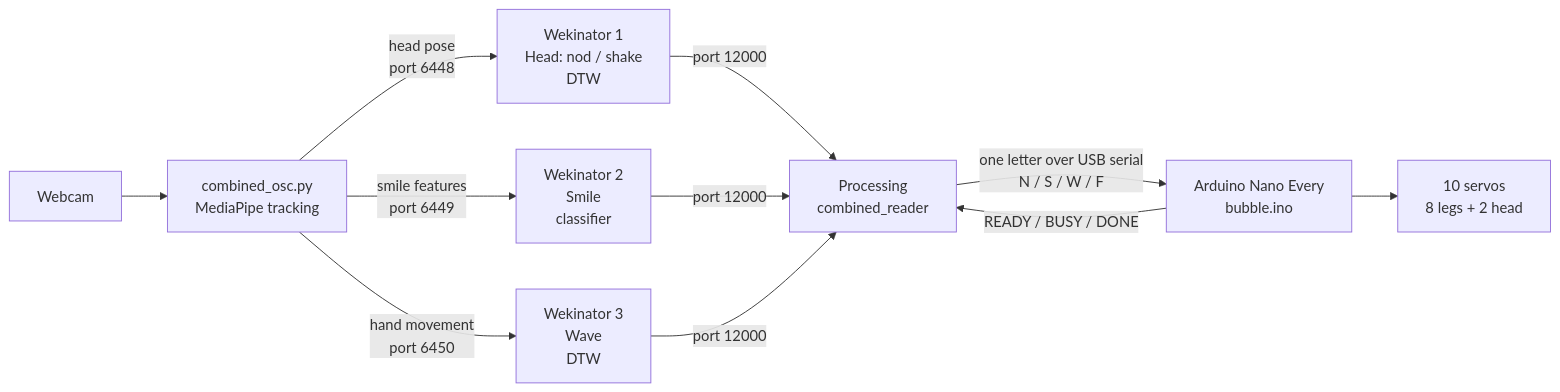
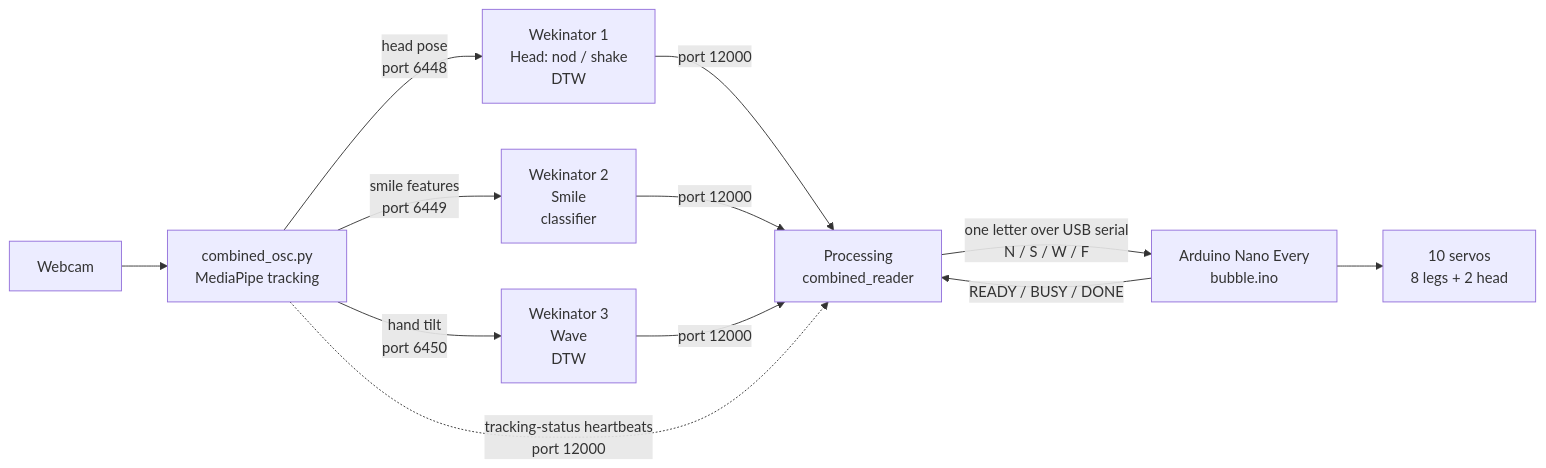
The diagram in README.md (YuyingChen-Design/Bubble-project-documentation-G7), drawn with Mermaid before and after one commit. The commit also changed other lines of this file and 7 other files, not shown here.

````diff
--- a/README.md
+++ b/README.md
@@ -74,13 +75,14 @@
 ```mermaid
 flowchart LR
     A[Webcam] --> B[combined_osc.py<br/>MediaPipe tracking]
     B -->|head pose<br/>port 6448| C1[Wekinator 1<br/>Head: nod / shake<br/>DTW]
     B -->|smile features<br/>port 6449| C2[Wekinator 2<br/>Smile<br/>classifier]
-    B -->|hand movement<br/>port 6450| C3[Wekinator 3<br/>Wave<br/>DTW]
+    B -->|hand tilt<br/>port 6450| C3[Wekinator 3<br/>Wave<br/>DTW]
     C1 -->|port 12000| D[Processing<br/>combined_reader]
     C2 -->|port 12000| D
     C3 -->|port 12000| D
+    B -.->|tracking-status heartbeats<br/>port 12000| D
     D -->|one letter over USB serial<br/>N / S / W / F| E[Arduino Nano Every<br/>bubble.ino]
     E -->|READY / BUSY / DONE| D
     E --> F[10 servos<br/>8 legs + 2 head]
 ```
````
